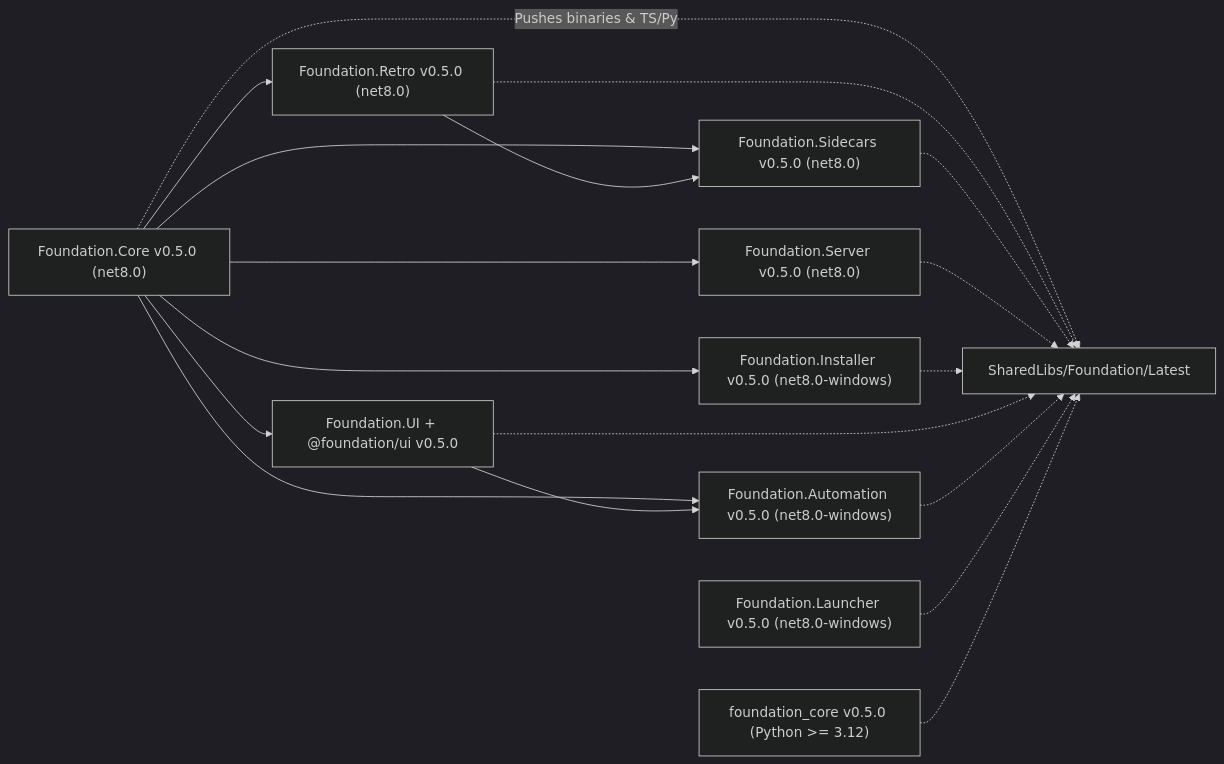
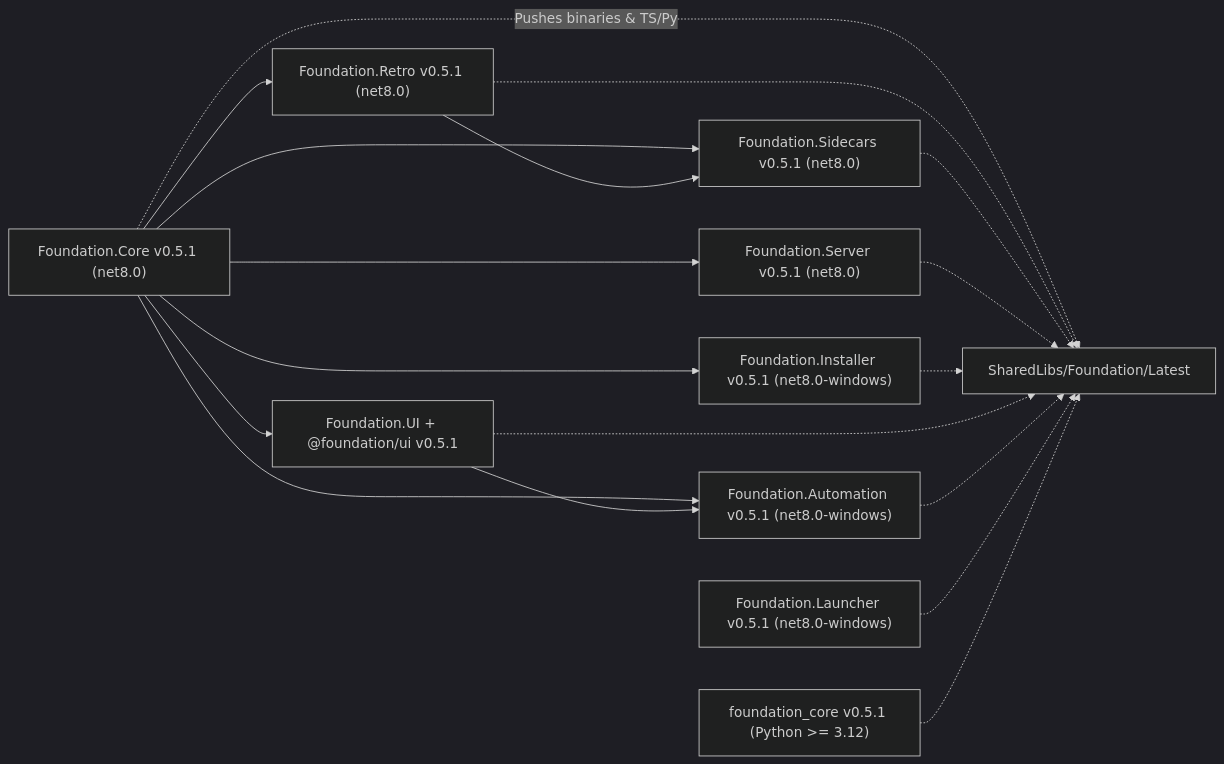
One commit to StreamItAllGit/Foundation changed the diagram in Dev/docs/ARCHITECTURE.md. Above: the diagram before and after it, drawn with Mermaid (dark theme). The commit also changed other lines of this file and 24 other files, not shown here.

````diff
--- a/Dev/docs/ARCHITECTURE.md
+++ b/Dev/docs/ARCHITECTURE.md
@@ -12,31 +12,31 @@
 ```mermaid
 flowchart LR
-    Core["Foundation.Core v0.5.0 (net8.0)"]
-    Retro["Foundation.Retro v0.5.0 (net8.0)"]
-    Sidecars["Foundation.Sidecars v0.5.0 (net8.0)"]
-    Server["Foundation.Server v0.5.0 (net8.0)"]
-    Installer["Foundation.Installer v0.5.0 (net8.0-windows)"]
-    UI["Foundation.UI + @foundation/ui v0.5.0"]
-    Automation["Foundation.Automation v0.5.0 (net8.0-windows)"]
-    Launcher["Foundation.Launcher v0.5.0 (net8.0-windows)"]
-    PyCore["foundation_core v0.5.0 (Python >= 3.12)"]
+    Core["Foundation.Core v0.5.1 (net8.0)"]
+    Retro["Foundation.Retro v0.5.1 (net8.0)"]
+    Sidecars["Foundation.Sidecars v0.5.1 (net8.0)"]
+    Server["Foundation.Server v0.5.1 (net8.0)"]
+    Installer["Foundation.Installer v0.5.1 (net8.0-windows)"]
+    UI["Foundation.UI + @foundation/ui v0.5.1"]
+    Automation["Foundation.Automation v0.5.1 (net8.0-windows)"]
+    Launcher["Foundation.Launcher v0.5.1 (net8.0-windows)"]
+    PyCore["foundation_core v0.5.1 (Python >= 3.12)"]
     Hub["SharedLibs/Foundation/Latest"]
 
     Core --> Retro
     Core --> Sidecars
     Retro --> Sidecars
     Core --> Server
     Core --> Installer
     Core --> UI
     Core --> Automation
     UI --> Automation
     Core -. "Pushes binaries & TS/Py" .-> Hub
     Retro -.-> Hub
     Sidecars -.-> Hub
     Server -.-> Hub
     Installer -.-> Hub
     UI -.-> Hub
     Automation -.-> Hub
     Launcher -.-> Hub
     PyCore -.-> Hub
 ```
````
